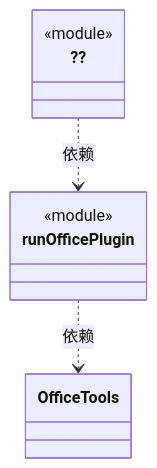
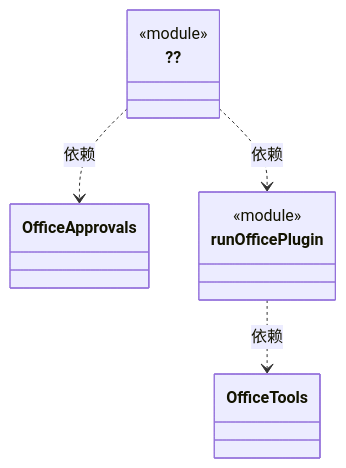
One commit to nan023062/cbim changed the diagram in src/bridge/server/desktop/ARCHITECTURE.md. Above: the diagram before and after it, drawn with Mermaid. The commit also changed other lines of this file and 80 other files, not shown here.

Commit message:
Integrate Office approvals, resource registry configuration and UX designs; fix Windows packaging

````diff
--- a/src/bridge/server/desktop/ARCHITECTURE.md
+++ b/src/bridge/server/desktop/ARCHITECTURE.md
@@ -36,15 +37,18 @@
 ```mermaid
 classDiagram
+class N_df9963bd1fa6["??"] {
+  <<module>>
+}
+click N_df9963bd1fa6 href "main.ts"
+class N_264195ccbdcb["OfficeApprovals"]
+click N_264195ccbdcb href "office-approvals.ts"
 class N_0e1acda5b0a0["runOfficePlugin"] {
   <<module>>
 }
 click N_0e1acda5b0a0 href "office-plugin.ts"
-class N_df9963bd1fa6["??"] {
-  <<module>>
-}
-click N_df9963bd1fa6 href "main.ts"
 class N_ec8e0fb3490d["OfficeTools"]
 click N_ec8e0fb3490d href "office-tools.ts"
+N_df9963bd1fa6 ..> N_264195ccbdcb : 依赖
 N_df9963bd1fa6 ..> N_0e1acda5b0a0 : 依赖
 N_0e1acda5b0a0 ..> N_ec8e0fb3490d : 依赖
 ```
````
